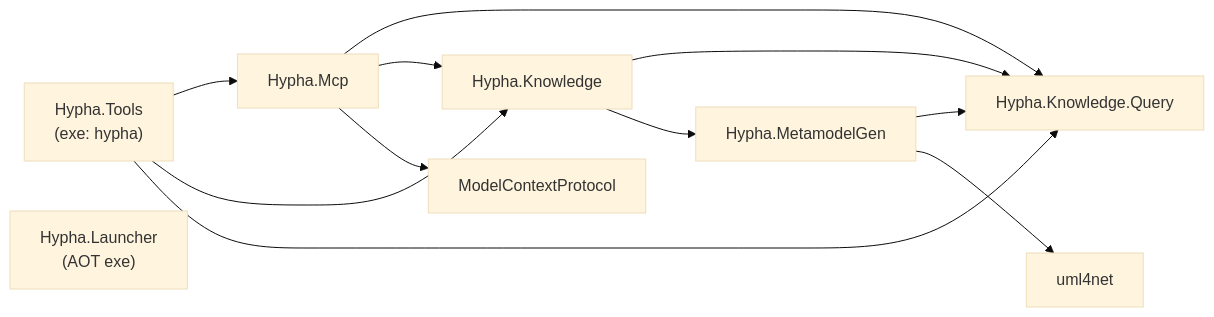
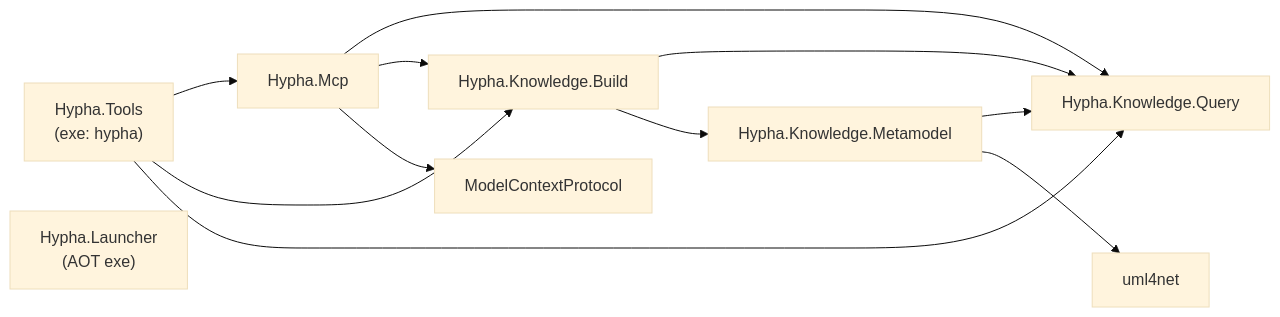
One commit to mycelium-cmbse/mycelium-hypha changed the second of 4 diagrams in hypha-mcp-refactor-plan.md. Above: the diagram before and after it, drawn with Mermaid (base theme). The commit also changed other lines of this file and 1 other file, not shown here.

````diff
--- a/hypha-mcp-refactor-plan.md
+++ b/hypha-mcp-refactor-plan.md
@@ -94,20 +96,20 @@
 ```mermaid
 flowchart LR
     Query["Hypha.Knowledge.Query"]
-    Know["Hypha.Knowledge"]
-    MG["Hypha.MetamodelGen"]
+    Know["Hypha.Knowledge.Build"]
+    MG["Hypha.Knowledge.Metamodel"]
     Mcp["Hypha.Mcp"]
     Tools["Hypha.Tools<br/>(exe: hypha)"]
     Launch["Hypha.Launcher<br/>(AOT exe)"]
 
     Know --> Query
     Know --> MG
     MG --> Query
     Mcp --> Query
     Mcp --> Know
     Mcp --> SDK["ModelContextProtocol"]
     Tools --> Mcp
     Tools --> Know
     Tools --> Query
     MG --> UML["uml4net"]
 ```
````
